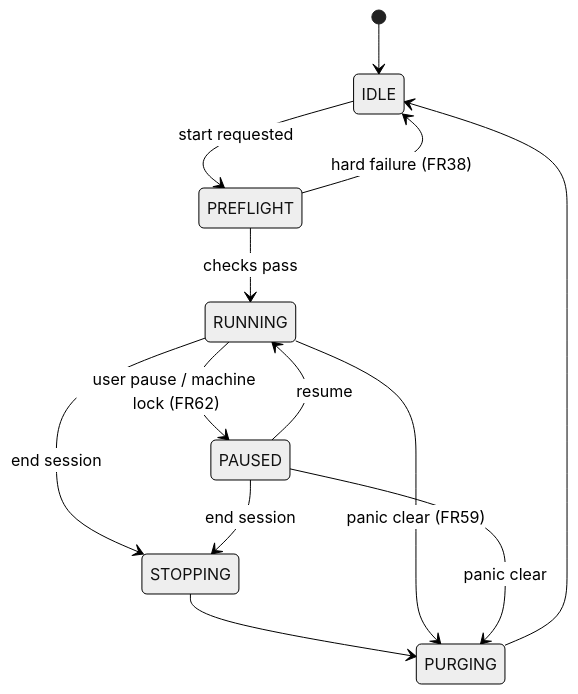
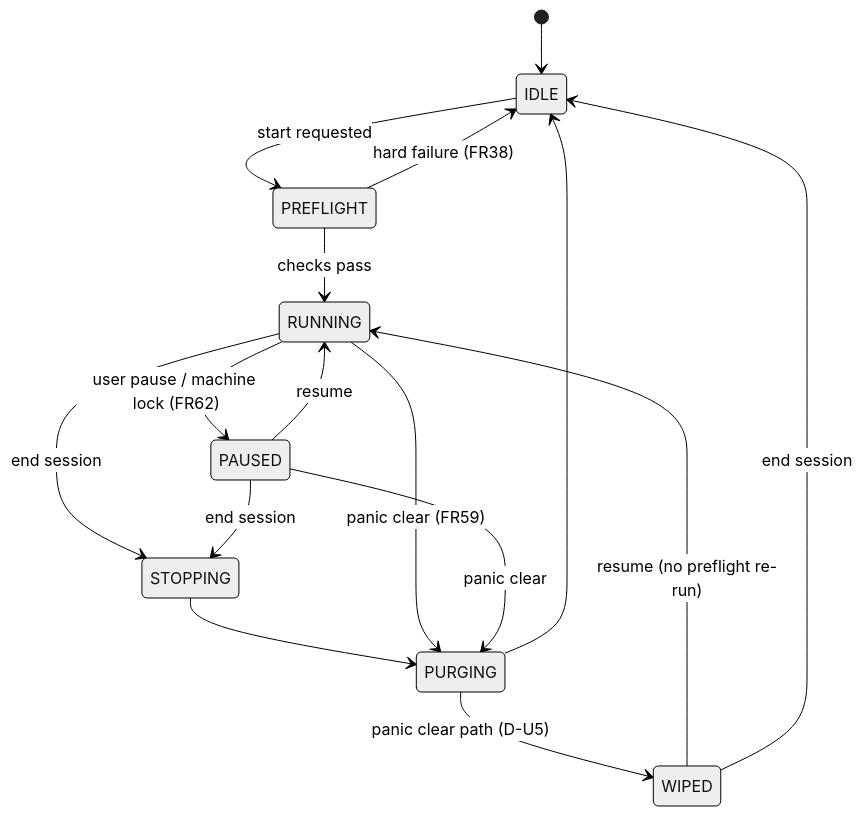
One commit to Penguin-Pants/ExecutiveDysfunctionAssistant changed the second of 2 diagrams in docs/implementation/02-technical-design.md. Above: the diagram before and after it, drawn with Mermaid (neutral theme). The commit also changed other lines of this file and 3 other files, not shown here.

First line of the commit message:
docs: resolve panic-clear lifecycle and target hardware

````diff
--- a/docs/implementation/02-technical-design.md
+++ b/docs/implementation/02-technical-design.md
@@ -475,15 +475,18 @@
 ```mermaid
 stateDiagram-v2
     [*] --> IDLE
     IDLE --> PREFLIGHT: start requested
     PREFLIGHT --> IDLE: hard failure (FR38)
     PREFLIGHT --> RUNNING: checks pass
     RUNNING --> PAUSED: user pause / machine lock (FR62)
     PAUSED --> RUNNING: resume
     RUNNING --> STOPPING: end session
     PAUSED --> STOPPING: end session
     STOPPING --> PURGING
     PURGING --> IDLE
     RUNNING --> PURGING: panic clear (FR59)
     PAUSED --> PURGING: panic clear
+    PURGING --> WIPED: panic clear path (D-U5)
+    WIPED --> RUNNING: resume (no preflight re-run)
+    WIPED --> IDLE: end session
 ```
````
